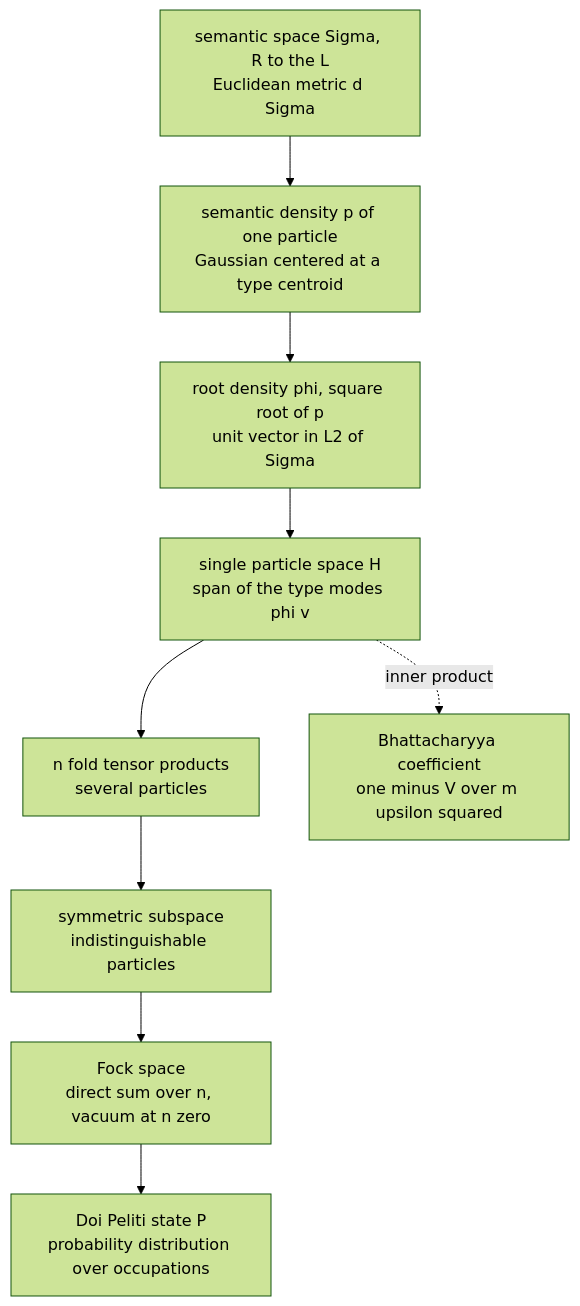
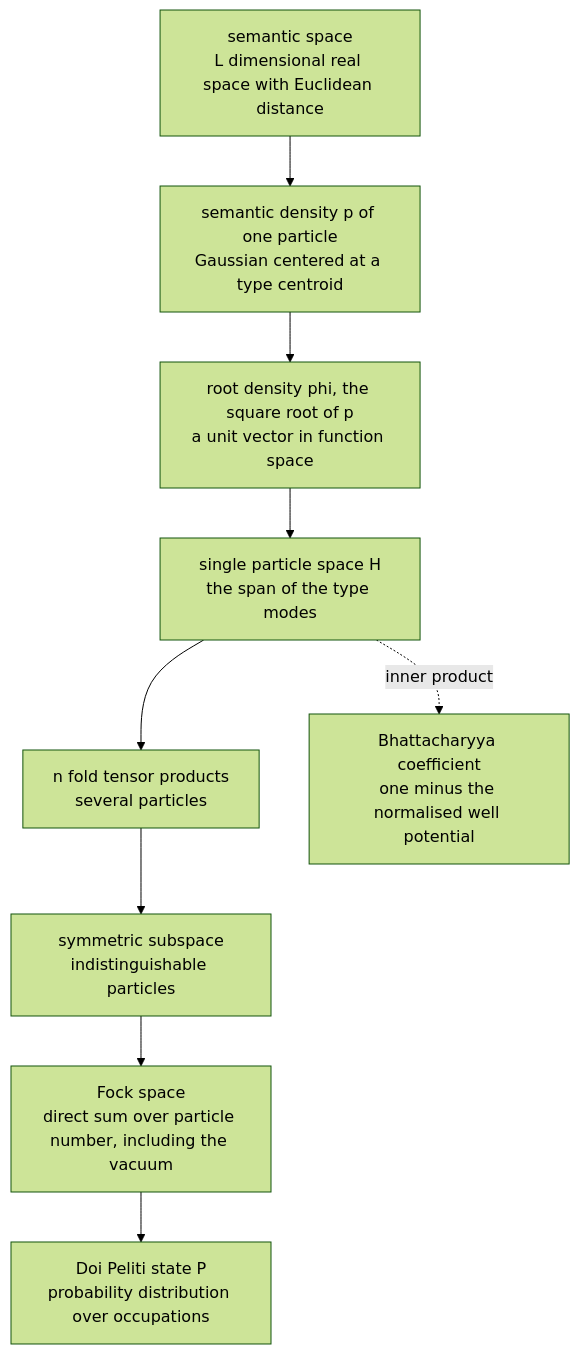
The diagram in companion_notes/Single_Particle_Hilbert_Space_in_Semantic_Simulation.md (dimitarpg13/semsimula-paper), drawn with Mermaid (forest theme) before and after one commit.

Commit message:
update mermaid diagram

````diff
--- a/companion_notes/Single_Particle_Hilbert_Space_in_Semantic_Simulation.md
+++ b/companion_notes/Single_Particle_Hilbert_Space_in_Semantic_Simulation.md
@@ -45,20 +45,20 @@
 ```mermaid
 flowchart TD
-    A["semantic space Sigma, R to the L<br>Euclidean metric d Sigma"]
+    A["semantic space<br>L dimensional real space with Euclidean distance"]
     B["semantic density p of one particle<br>Gaussian centered at a type centroid"]
-    C["root density phi, square root of p<br>unit vector in L2 of Sigma"]
-    D["single particle space H<br>span of the type modes phi v"]
+    C["root density phi, the square root of p<br>a unit vector in function space"]
+    D["single particle space H<br>the span of the type modes"]
     E["n fold tensor products<br>several particles"]
     F["symmetric subspace<br>indistinguishable particles"]
-    G["Fock space<br>direct sum over n, vacuum at n zero"]
+    G["Fock space<br>direct sum over particle number, including the vacuum"]
     H["Doi Peliti state P<br>probability distribution over occupations"]
-    I["Bhattacharyya coefficient<br>one minus V over m upsilon squared"]
+    I["Bhattacharyya coefficient<br>one minus the normalised well potential"]
     A --> B
     B --> C
     C --> D
     D --> E
     E --> F
     F --> G
     G --> H
     D -.->|inner product| I
 ```
````
